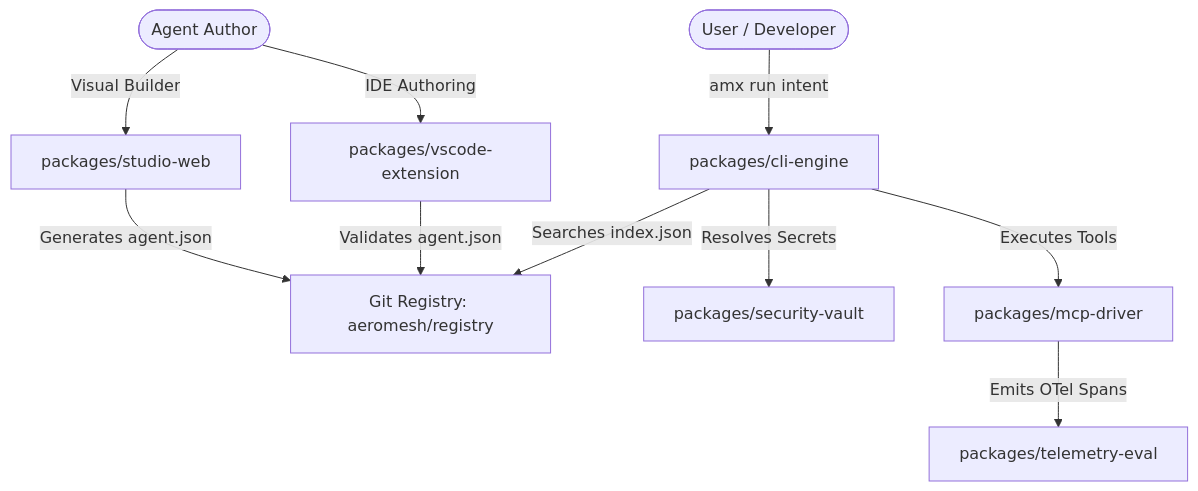
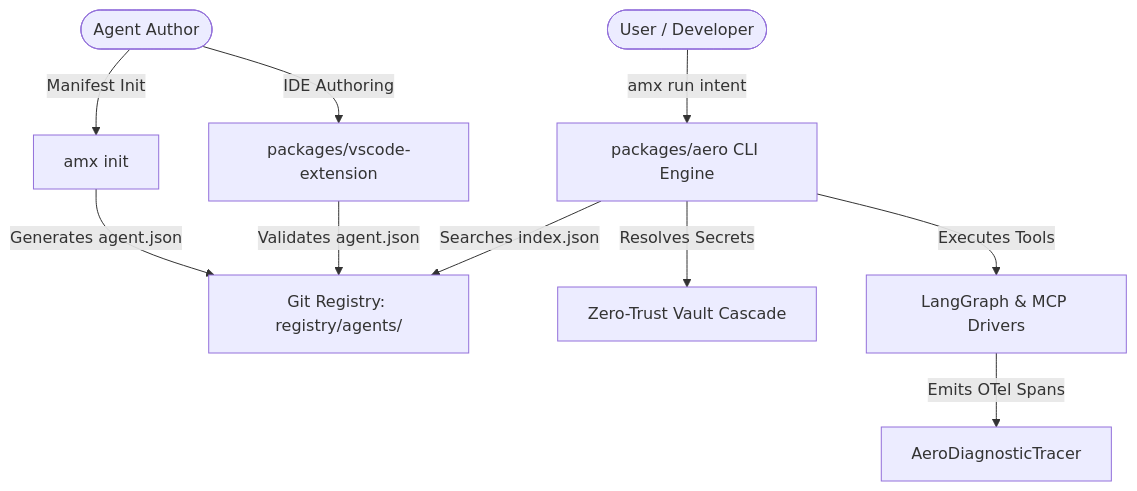
Before and after one commit to seismael/aeromesh: the diagram in docs/09_ECOSYSTEM_INTEGRATION_AND_DEVELOPMENT_ROADMAP.md, drawn with Mermaid. The commit also changed other lines of this file and 29 other files, not shown here.

Commit message:
feat: implement goal decomposition engine with JIT manifest synthesis and add comprehensive resilience testing and automated workflow configuration

````diff
--- a/docs/09_ECOSYSTEM_INTEGRATION_AND_DEVELOPMENT_ROADMAP.md
+++ b/docs/09_ECOSYSTEM_INTEGRATION_AND_DEVELOPMENT_ROADMAP.md
@@ -13,14 +14,14 @@
 ```mermaid
 graph TD
-    User([User / Developer]) -->|amx run intent| CLI[packages/cli-engine]
-    Developer([Agent Author]) -->|Visual Builder| Studio[packages/studio-web]
+    User([User / Developer]) -->|amx run intent| CLI[packages/aero CLI Engine]
+    Developer([Agent Author]) -->|Manifest Init| Init[amx init]
     Developer -->|IDE Authoring| VSC[packages/vscode-extension]
 
-    Studio -->|Generates agent.json| Registry[Git Registry: aeromesh/registry]
+    Init -->|Generates agent.json| Registry[Git Registry: registry/agents/]
     VSC -->|Validates agent.json| Registry
 
     CLI -->|Searches index.json| Registry
-    CLI -->|Resolves Secrets| Vault[packages/security-vault]
-    CLI -->|Executes Tools| Driver[packages/mcp-driver]
-    Driver -->|Emits OTel Spans| Telemetry[packages/telemetry-eval]
+    CLI -->|Resolves Secrets| Vault[Zero-Trust Vault Cascade]
+    CLI -->|Executes Tools| Driver[LangGraph & MCP Drivers]
+    Driver -->|Emits OTel Spans| Telemetry[AeroDiagnosticTracer]
 ```
````
